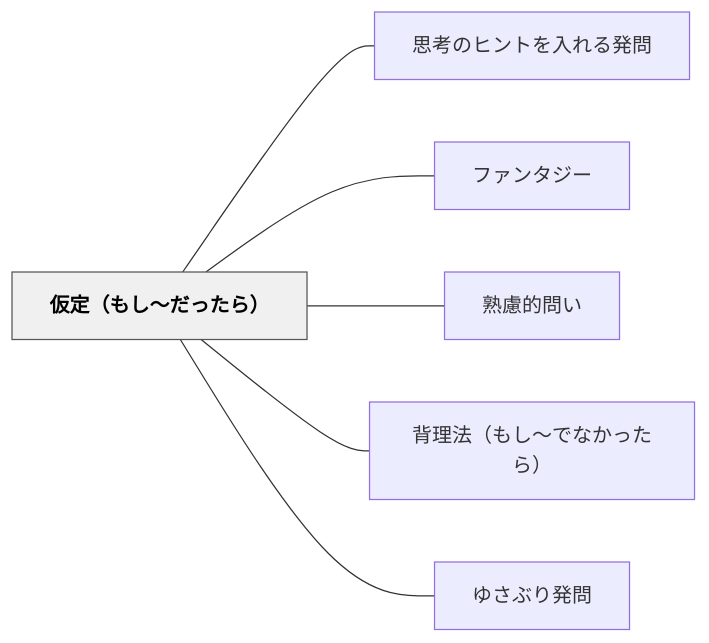
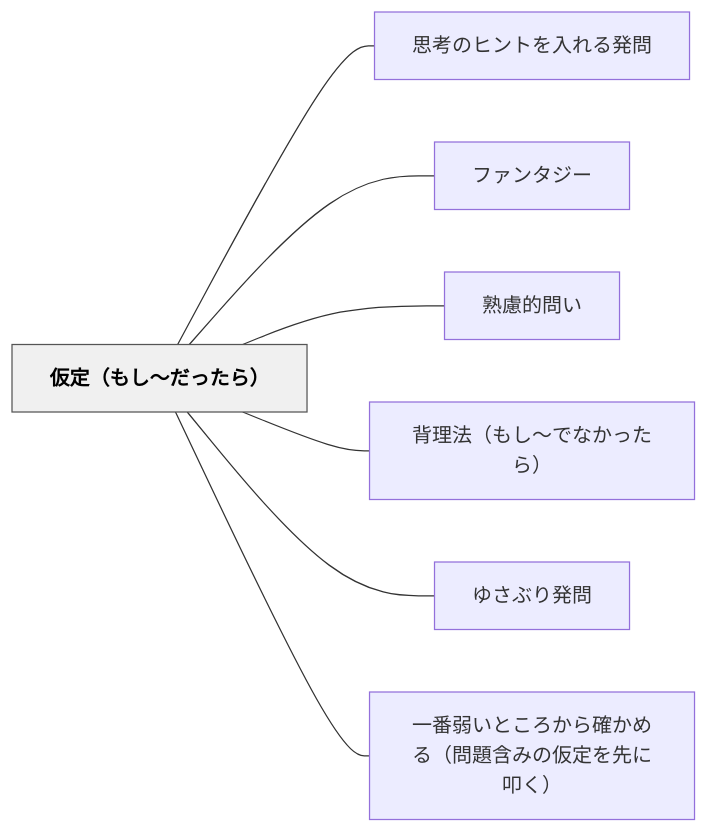
The diagram in content/パタン/仮定（もし〜だったら）.md (unknownthings-ed-patterns/unknownthings-ed-patterns), drawn with Mermaid before and after one commit. The commit also changed other lines of this file and 6 other files, not shown here.

````diff
--- a/content/パタン/仮定（もし〜だったら）.md
+++ b/content/パタン/仮定（もし〜だったら）.md
@@ -42,18 +43,20 @@
 ```mermaid
 flowchart LR
     ne4bbaee5ae9aefbc88e38282e38197e3809ce381a0e381a3e3819fe38289efbc89["仮定（もし〜だったら）"]
     ne6809de88083e381aee38392e383b3e38388e38292e585a5e3828ce3828be799bae5958f["思考のヒントを入れる発問"]
     ne38395e382a1e383b3e382bfe382b8e383bc["ファンタジー"]
     ne7869fe685aee79a84e5958fe38184["熟慮的問い"]
     ne8838ce79086e6b395efbc88e38282e38197e3809ce381a7e381aae3818be381a3e3819fe38289efbc89["背理法（もし〜でなかったら）"]
     ne38286e38195e381b6e3828ae799bae5958f["ゆさぶり発問"]
+    ne4b880e795aae5bcb1e38184e381a8e38193e3828de3818be38289e7a2bae3818be38281e3828befbc88e5958fe9a18ce590abe381bfe381aee4bbaee5ae9ae38292e58588e381abe58fa9e3818fefbc89["一番弱いところから確かめる（問題含みの仮定を先に叩く）"]
 
     ne4bbaee5ae9aefbc88e38282e38197e3809ce381a0e381a3e3819fe38289efbc89 --- ne6809de88083e381aee38392e383b3e38388e38292e585a5e3828ce3828be799bae5958f
     ne4bbaee5ae9aefbc88e38282e38197e3809ce381a0e381a3e3819fe38289efbc89 --- ne38395e382a1e383b3e382bfe382b8e383bc
     ne4bbaee5ae9aefbc88e38282e38197e3809ce381a0e381a3e3819fe38289efbc89 --- ne7869fe685aee79a84e5958fe38184
     ne4bbaee5ae9aefbc88e38282e38197e3809ce381a0e381a3e3819fe38289efbc89 --- ne8838ce79086e6b395efbc88e38282e38197e3809ce381a7e381aae3818be381a3e3819fe38289efbc89
     ne4bbaee5ae9aefbc88e38282e38197e3809ce381a0e381a3e3819fe38289efbc89 --- ne38286e38195e381b6e3828ae799bae5958f
+    ne4bbaee5ae9aefbc88e38282e38197e3809ce381a0e381a3e3819fe38289efbc89 --- ne4b880e795aae5bcb1e38184e381a8e38193e3828de3818be38289e7a2bae3818be38281e3828befbc88e5958fe9a18ce590abe381bfe381aee4bbaee5ae9ae38292e58588e381abe58fa9e3818fefbc89
 
     classDef hub fill:#f0f0f0,stroke:#555,color:#000,font-weight:bold
     class ne4bbaee5ae9aefbc88e38282e38197e3809ce381a0e381a3e3819fe38289efbc89 hub
 ```
````
